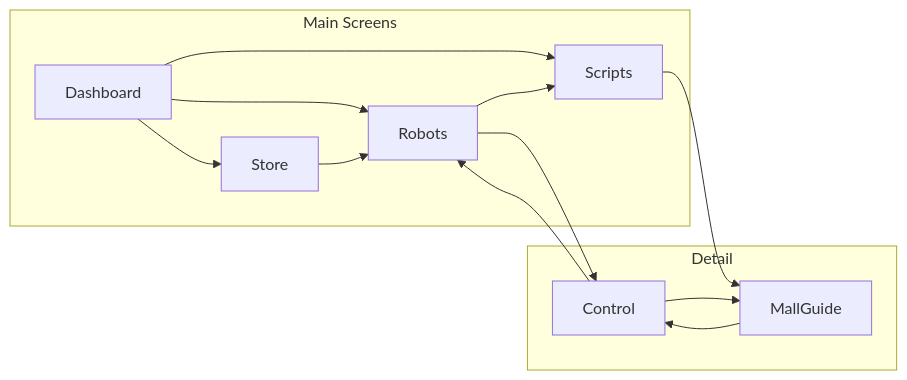
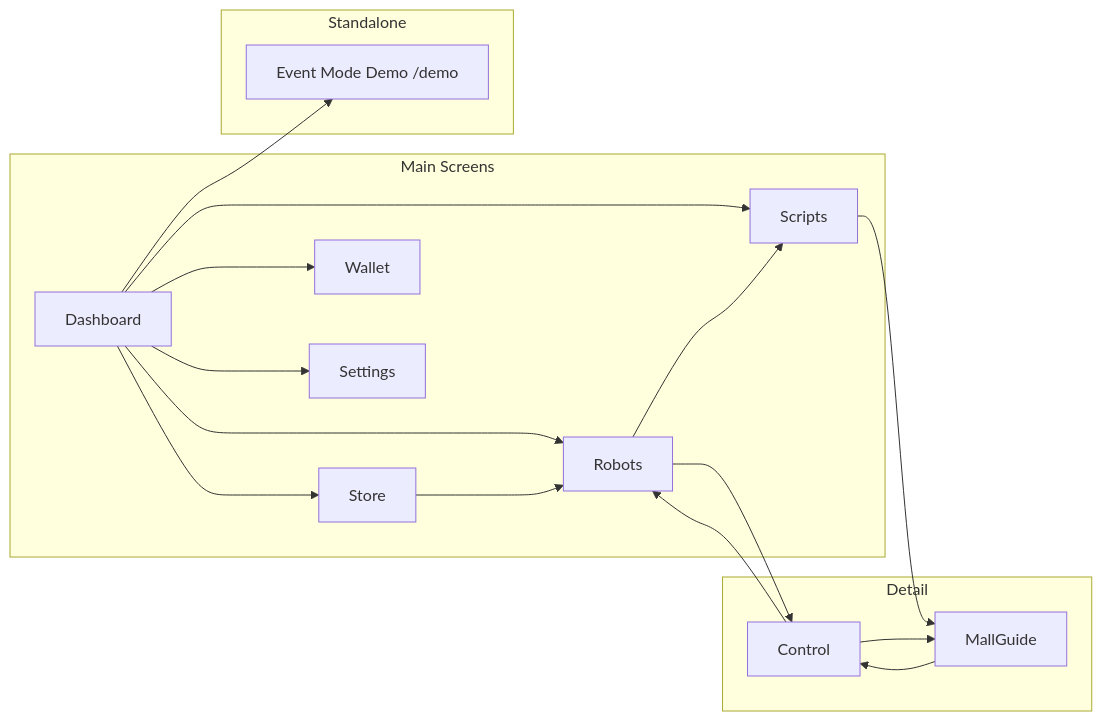
The second of 2 diagrams in docs/ux/screen-map.md (Saitosar/sai-aurosy-telegram-mini-app), drawn with Mermaid before and after one commit. The commit also changed other lines of this file and 45 other files, not shown here.

Commit message:
Update environment configuration, enhance README, and refine backend architecture documentation. Added new dependencies for TON Connect and React Three Fiber, and improved API integration details in various documentation files.

````diff
--- a/docs/ux/screen-map.md
+++ b/docs/ux/screen-map.md
@@ -108,23 +121,31 @@
 ```mermaid
 flowchart LR
     subgraph Main [Main Screens]
         Dashboard
         Robots
         Store
+        Wallet
         Scripts
+        Settings
     end
     subgraph Detail [Detail]
         Control
         MallGuide
     end
+    subgraph Standalone [Standalone]
+        Demo[Event Mode Demo /demo]
+    end
     Dashboard --> Robots
     Dashboard --> Store
+    Dashboard --> Wallet
     Dashboard --> Scripts
+    Dashboard --> Settings
+    Dashboard --> Demo
     Robots --> Control
     Robots --> Scripts
     Scripts --> MallGuide
     MallGuide --> Control
     Control --> Robots
     Control --> MallGuide
     Store --> Robots
 ```
````
